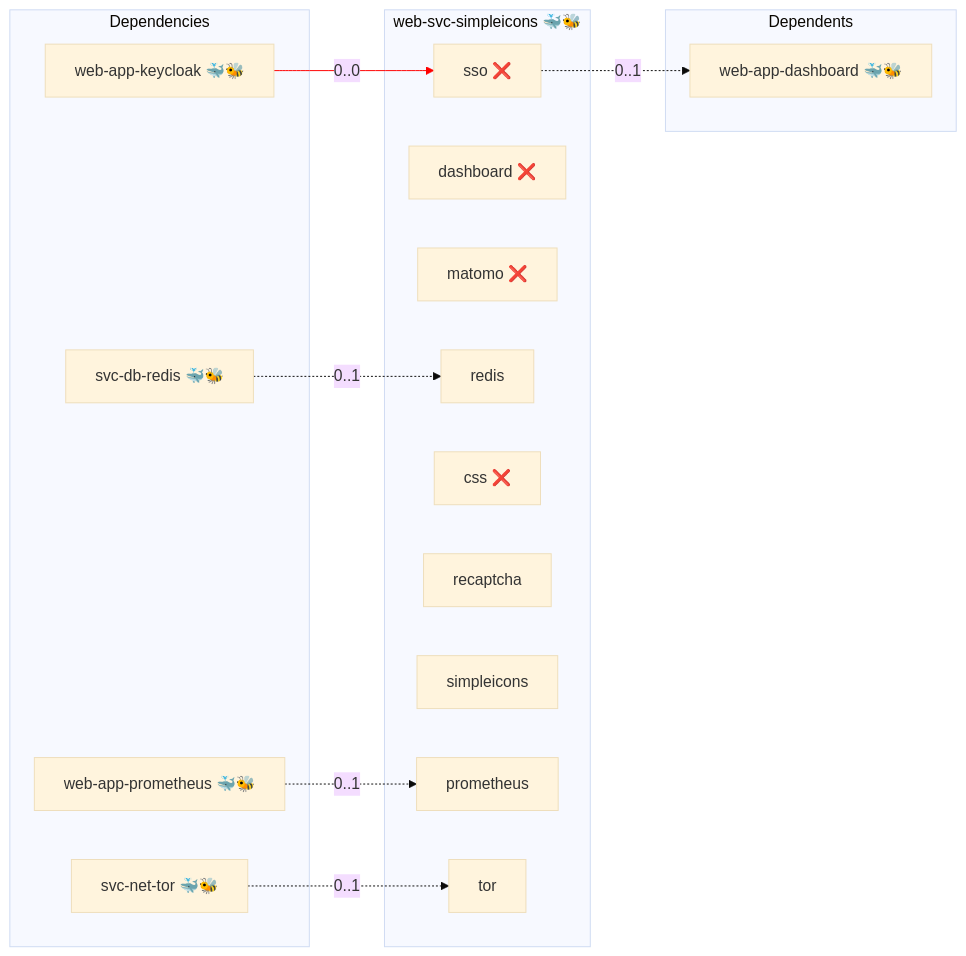
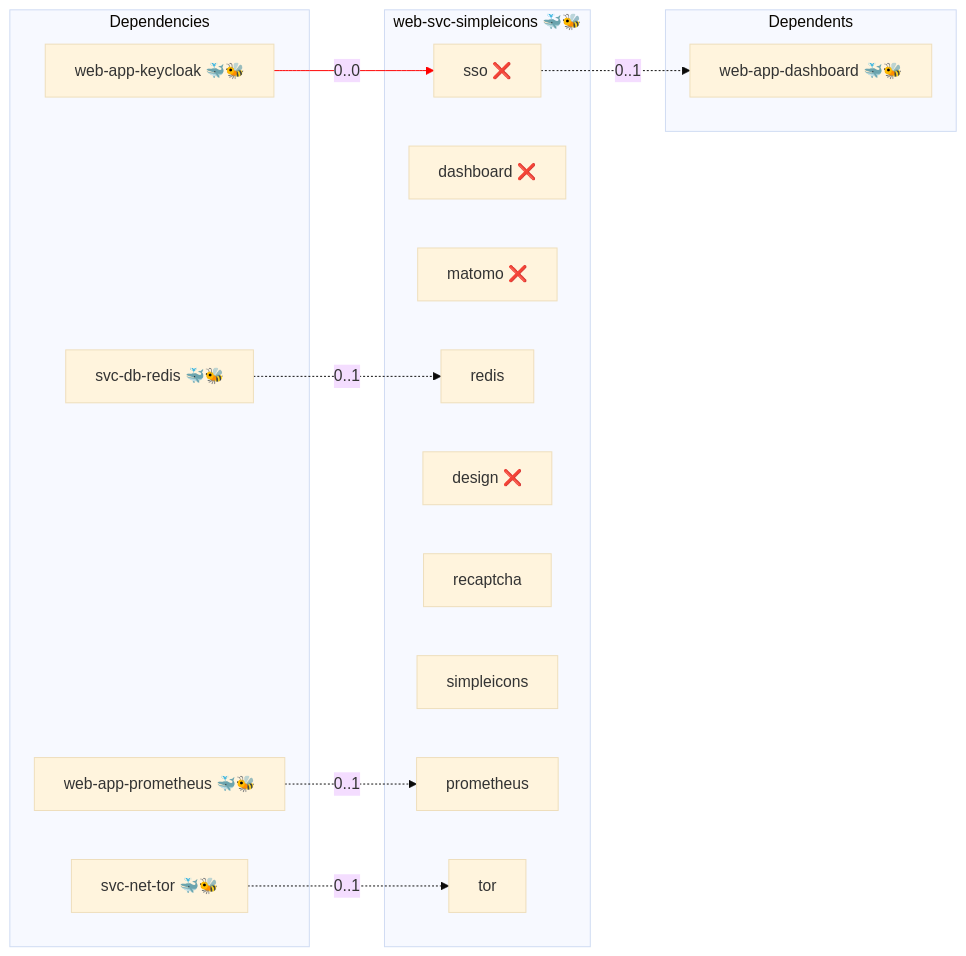
One commit to infinito-nexus/core changed the diagram in roles/web-svc-simpleicons/README.md. Above: the diagram before and after it, drawn with Mermaid (base theme). The commit also changed 437 other files, not shown here.

````diff
--- a/roles/web-svc-simpleicons/README.md
+++ b/roles/web-svc-simpleicons/README.md
@@ -15,29 +15,29 @@
 ```mermaid
 flowchart LR
     subgraph deps [Dependencies]
         dep_svc_db_redis["svc-db-redis 🐳🐝"]
         dep_svc_net_tor["svc-net-tor 🐳🐝"]
         dep_web_app_keycloak["web-app-keycloak 🐳🐝"]
         dep_web_app_prometheus["web-app-prometheus 🐳🐝"]
     end
     subgraph role [web-svc-simpleicons 🐳🐝]
         svc_sso["sso ❌"]
         svc_dashboard["dashboard ❌"]
         svc_matomo["matomo ❌"]
         svc_redis["redis"]
-        svc_css["css ❌"]
+        svc_design["design ❌"]
         svc_recaptcha["recaptcha"]
         svc_simpleicons["simpleicons"]
         svc_prometheus["prometheus"]
         svc_tor["tor"]
     end
     subgraph dependents [Dependents]
         dpt_web_app_dashboard["web-app-dashboard 🐳🐝"]
     end
     dep_svc_db_redis -. "0..1" .-> svc_redis
     dep_svc_net_tor -. "0..1" .-> svc_tor
     dep_web_app_keycloak -- "0..0" --> svc_sso
     dep_web_app_prometheus -. "0..1" .-> svc_prometheus
     svc_sso -. "0..1" .-> dpt_web_app_dashboard
     linkStyle 2 stroke:red;
 ```
````
